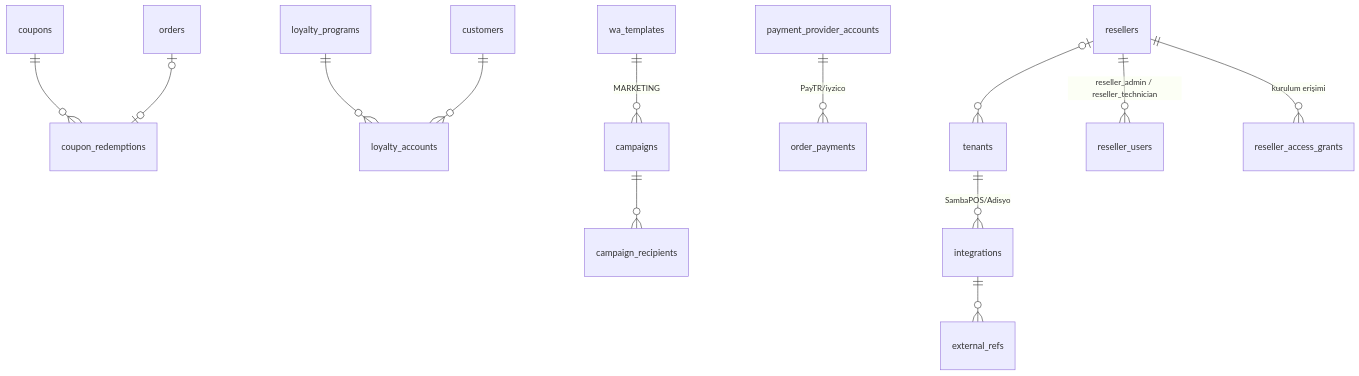
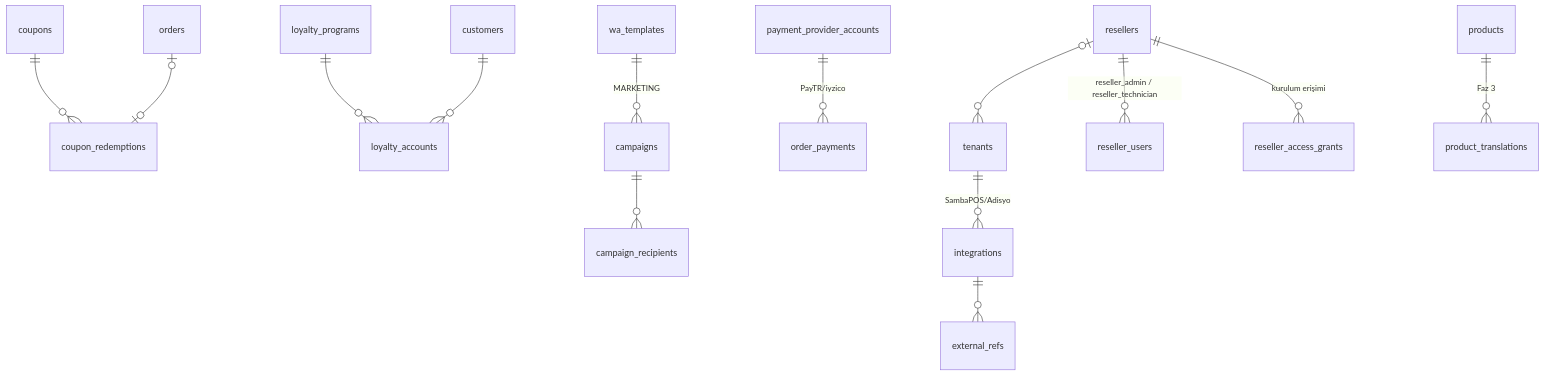
Before and after one commit to eraycaylak/siparisinonunde: the seventh of 10 diagrams in docs/07-veri-modeli-ve-api.md, drawn with Mermaid. The commit also changed other lines of this file and 9 other files, not shown here.

````diff
--- a/docs/07-veri-modeli-ve-api.md
+++ b/docs/07-veri-modeli-ve-api.md
@@ -302,15 +303,16 @@
 ```mermaid
 erDiagram
   coupons ||--o{ coupon_redemptions : ""
   orders |o--o| coupon_redemptions : ""
   loyalty_programs ||--o{ loyalty_accounts : ""
   customers ||--o{ loyalty_accounts : ""
   wa_templates ||--o{ campaigns : "MARKETING"
   campaigns ||--o{ campaign_recipients : ""
   resellers |o--o{ tenants : ""
   tenants ||--o{ integrations : "SambaPOS/Adisyo"
   integrations ||--o{ external_refs : ""
   payment_provider_accounts ||--o{ order_payments : "PayTR/iyzico"
   resellers ||--o{ reseller_users : "reseller_admin / reseller_technician"
   resellers ||--o{ reseller_access_grants : "kurulum erişimi"
+  products ||--o{ product_translations : "Faz 3"
 ```
````
